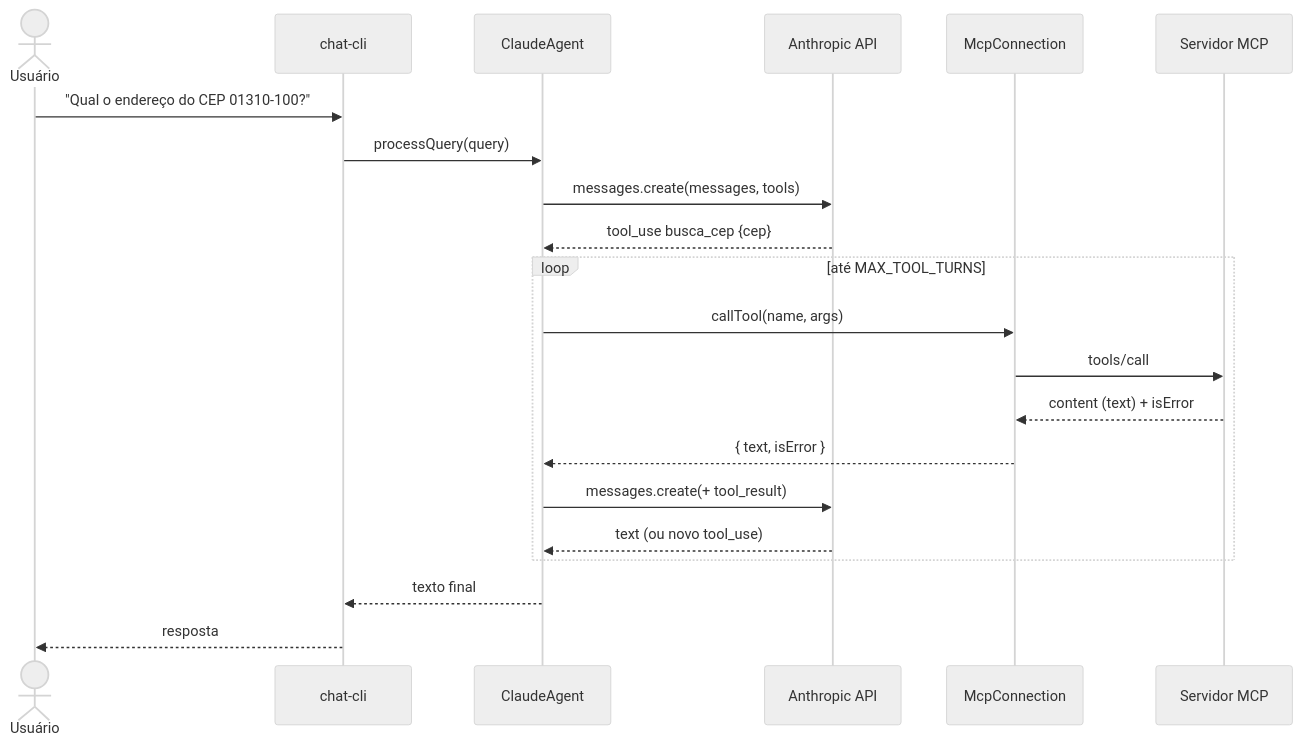
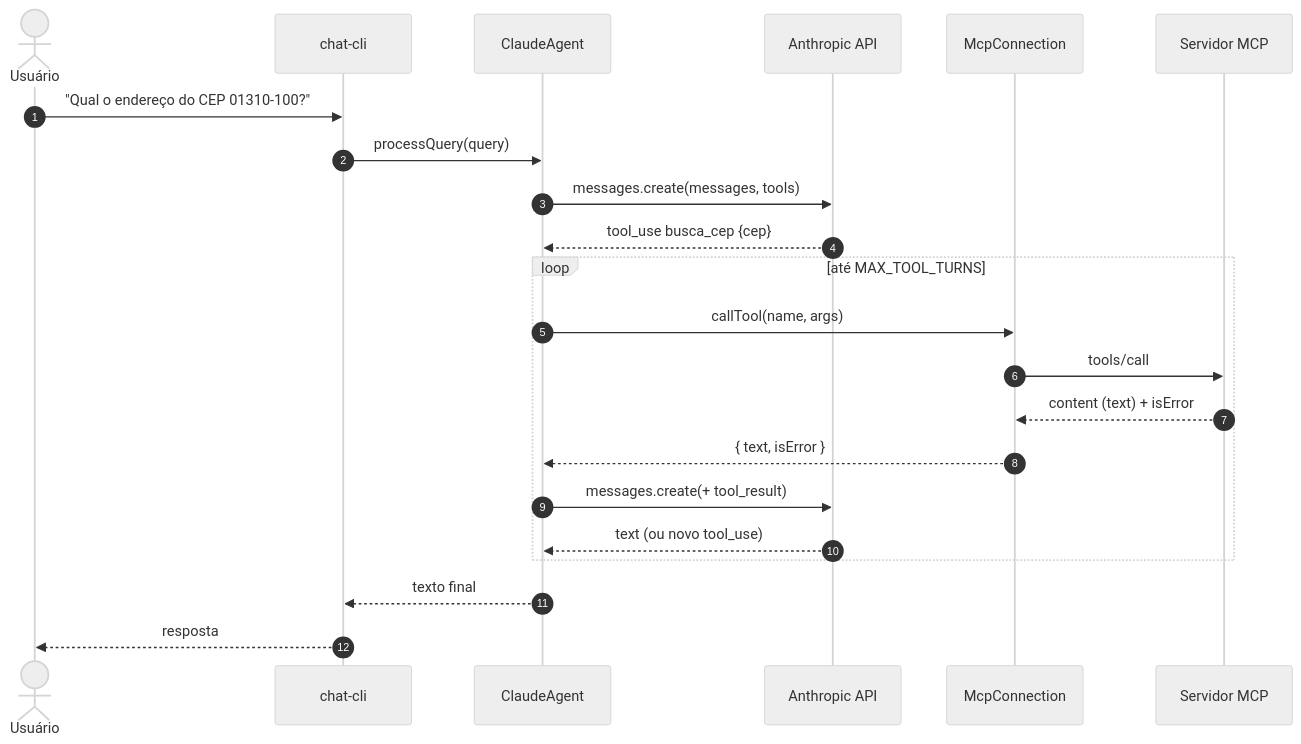
One commit to eltonmesquita87/poc-mcp-server-cep changed the fifth of 5 diagrams in mcp-client/README.md. Above: the diagram before and after it, drawn with Mermaid (neutral theme).

Commit message:
doc - ajuste doc

````diff
--- a/mcp-client/README.md
+++ b/mcp-client/README.md
@@ -178,24 +178,25 @@
 ```mermaid
 sequenceDiagram
+    autonumber
     actor U as Usuário
     participant C as chat-cli
     participant A as ClaudeAgent
     participant L as Anthropic API
     participant M as McpConnection
     participant S as Servidor MCP
 
     U->>C: "Qual o endereço do CEP 01310-100?"
     C->>A: processQuery(query)
     A->>L: messages.create(messages, tools)
     L-->>A: tool_use busca_cep {cep}
     loop até MAX_TOOL_TURNS
         A->>M: callTool(name, args)
         M->>S: tools/call
         S-->>M: content (text) + isError
         M-->>A: { text, isError }
         A->>L: messages.create(+ tool_result)
         L-->>A: text (ou novo tool_use)
     end
     A-->>C: texto final
     C-->>U: resposta
 ```
````
